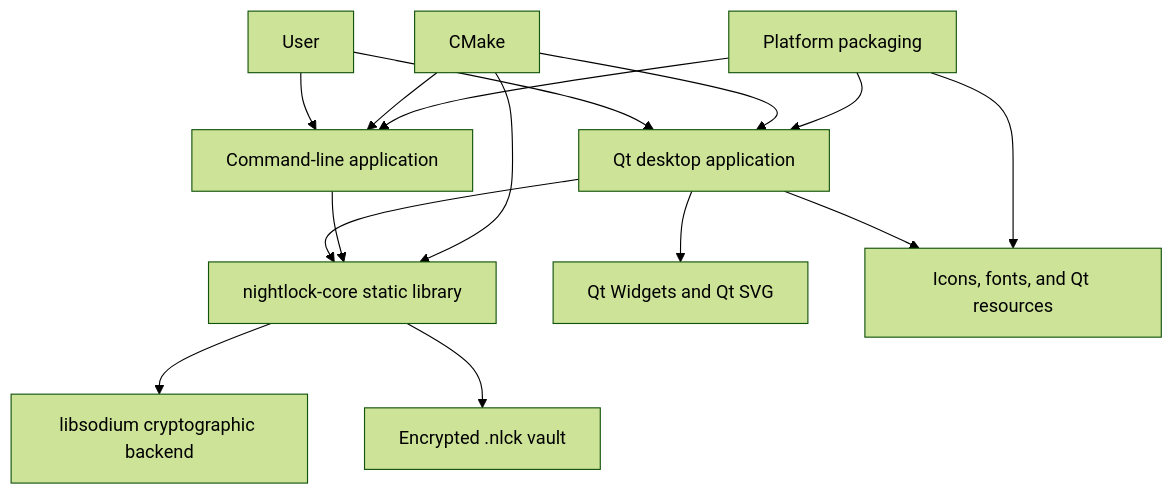
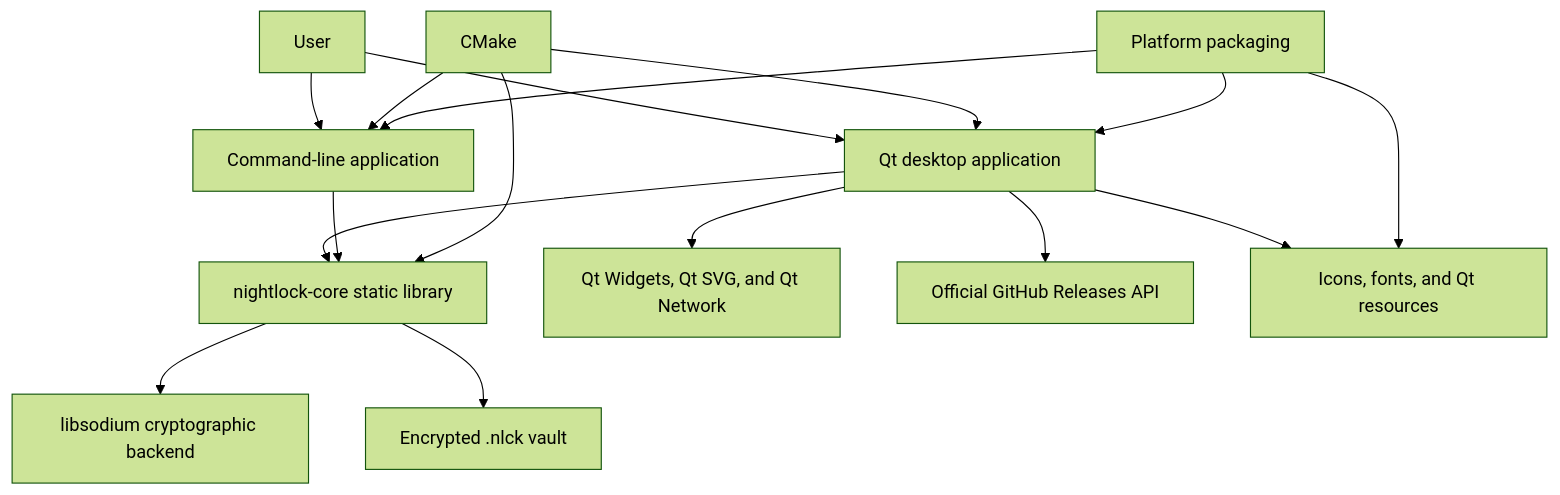
One commit to res138/nightlock changed the fifth of 17 diagrams in docs/DOCUMENTATION_PLAN.md. Above: the diagram before and after it, drawn with Mermaid (forest theme). The commit also changed 20 other files, not shown here.

````diff
--- a/docs/DOCUMENTATION_PLAN.md
+++ b/docs/DOCUMENTATION_PLAN.md
@@ -455,17 +455,18 @@
 ```mermaid
 graph TD
     U["User"] --> GUI["Qt desktop application"]
     U --> CLI["Command-line application"]
     GUI --> CORE["nightlock-core static library"]
     CLI --> CORE
     CORE --> SODIUM["libsodium cryptographic backend"]
     CORE --> VAULT["Encrypted .nlck vault"]
-    GUI --> QT["Qt Widgets and Qt SVG"]
+    GUI --> QT["Qt Widgets, Qt SVG, and Qt Network"]
+    GUI --> RELEASES["Official GitHub Releases API"]
     GUI --> RES["Icons, fonts, and Qt resources"]
     BUILD["CMake"] --> GUI
     BUILD --> CLI
     BUILD --> CORE
     PACK["Platform packaging"] --> GUI
     PACK --> CLI
     PACK --> RES
 ```
````
